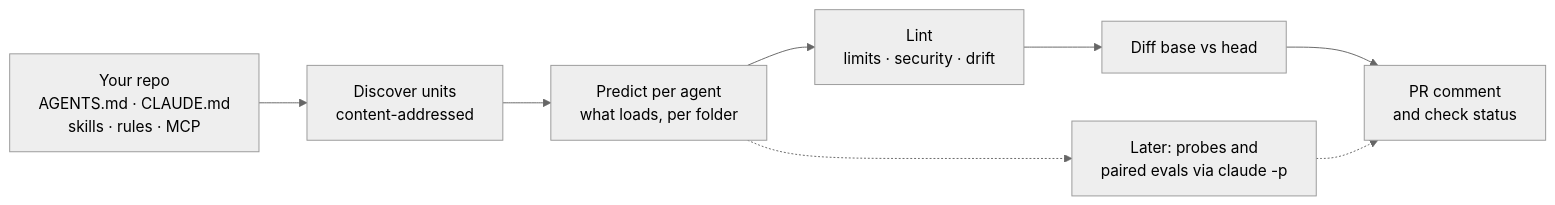
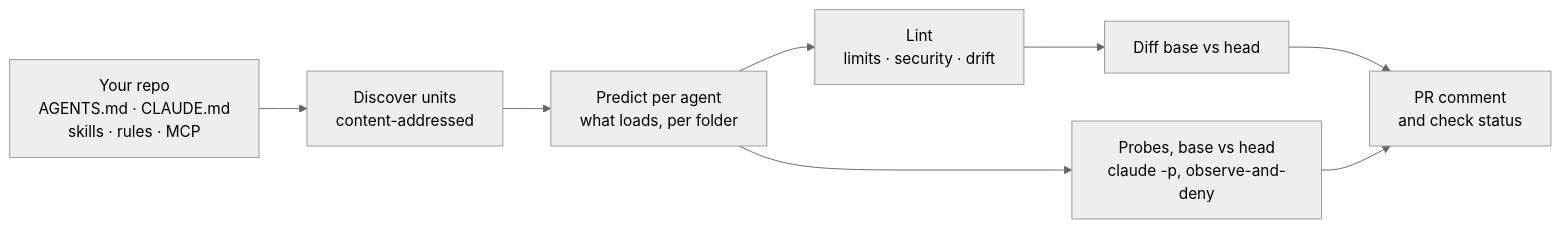
The diagram in README.md (SatyamSingh-Git/ctxlock), drawn with Mermaid (neutral theme) before and after one commit. The commit also changed other lines of this file and 6 other files, not shown here.

````diff
--- a/README.md
+++ b/README.md
@@ -114,10 +114,10 @@
 ```mermaid
 flowchart LR
   A["Your repo<br/>AGENTS.md · CLAUDE.md<br/>skills · rules · MCP"] --> B["Discover units<br/>content-addressed"]
   B --> C["Predict per agent<br/>what loads, per folder"]
   C --> D["Lint<br/>limits · security · drift"]
   D --> E["Diff base vs head"]
   E --> F["PR comment<br/>and check status"]
-  C -.-> G["Later: probes and<br/>paired evals via claude -p"]
-  G -.-> F
+  C --> G["Probes, base vs head<br/>claude -p, observe-and-deny"]
+  G --> F
 ```
````
